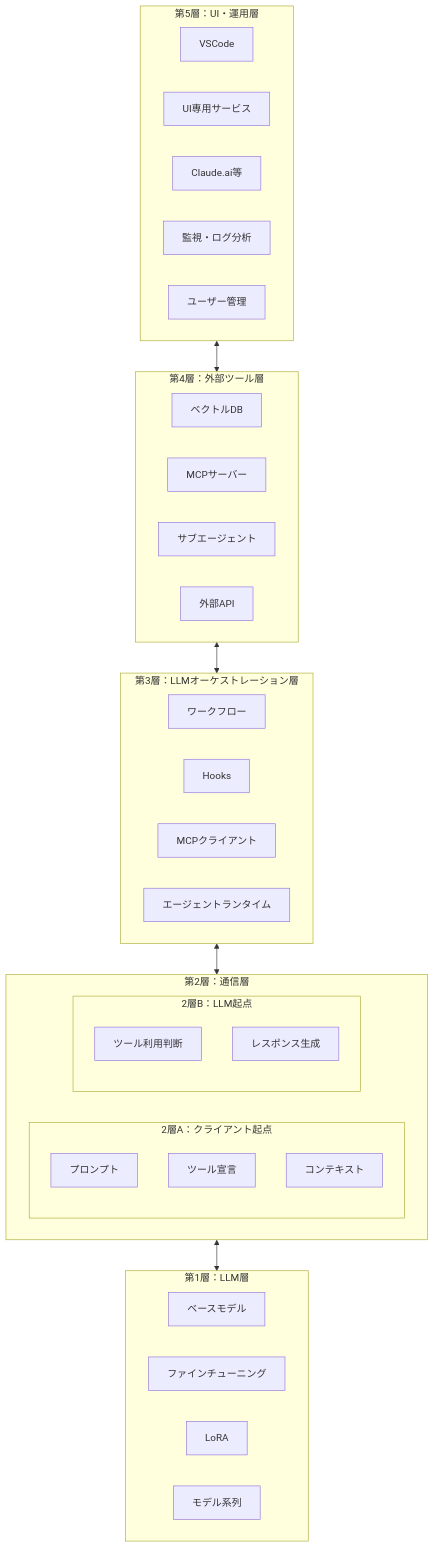
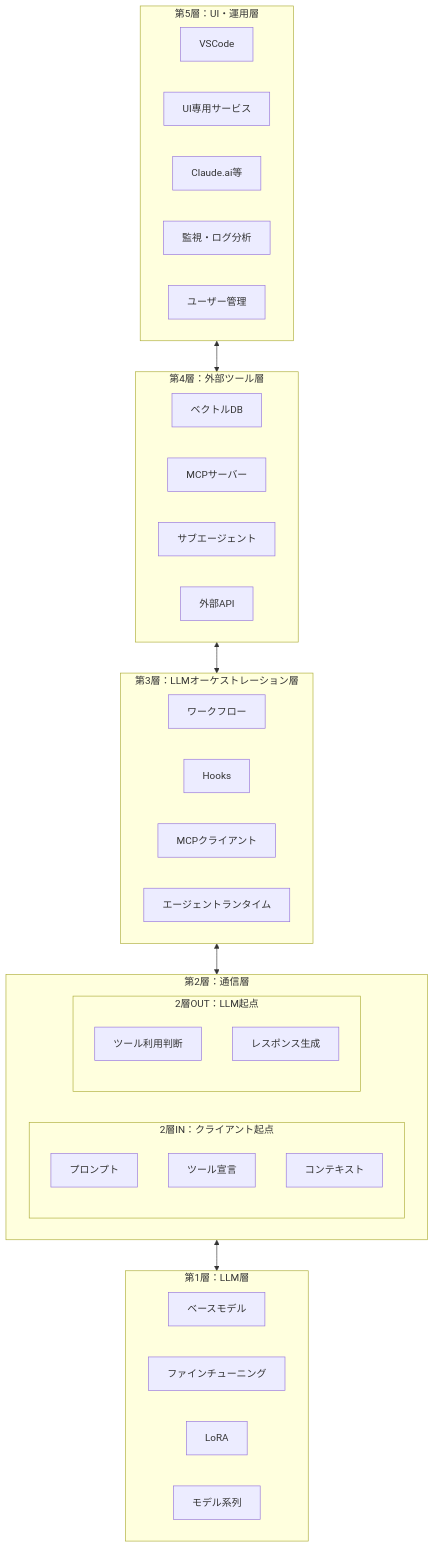
One commit to fsitlab/zenn changed the diagram in books/ai-agent-layered-map/00-intro.md. Above: the diagram before and after it, drawn with Mermaid. The commit also changed other lines of this file and 12 other files, not shown here.

````diff
--- a/books/ai-agent-layered-map/00-intro.md
+++ b/books/ai-agent-layered-map/00-intro.md
@@ -23,52 +23,52 @@
 ```mermaid
 flowchart TB
     subgraph Layer5["第5層：UI・運用層"]
         direction LR
         VSCode["VSCode"]
         UIService["UI専用サービス"]
         OtherUI["Claude.ai等"]
         Monitoring["監視・ログ分析"]
         UserMgmt["ユーザー管理"]
     end
 
     subgraph Layer4["第4層：外部ツール層"]
         direction LR
         VectorDB["ベクトルDB"]
         MCP["MCPサーバー"]
         SubAgent["サブエージェント"]
         ExternalAPI["外部API"]
     end
 
     subgraph Layer3["第3層：LLMオーケストレーション層"]
         direction LR
         Workflow["ワークフロー"]
         Hooks["Hooks"]
         MCPClient["MCPクライアント"]
         AgentRuntime["エージェントランタイム"]
     end
 
     subgraph Layer2["第2層：通信層"]
-        subgraph Layer2A["2層A：クライアント起点"]
+        subgraph Layer2A["2層IN：クライアント起点"]
             Prompt["プロンプト"]
             ToolDecl["ツール宣言"]
             Context["コンテキスト"]
         end
-        subgraph Layer2B["2層B：LLM起点"]
+        subgraph Layer2B["2層OUT：LLM起点"]
             ToolUse["ツール利用判断"]
             Response["レスポンス生成"]
         end
     end
 
     subgraph Layer1["第1層：LLM層"]
         direction LR
         BaseModel["ベースモデル"]
         FineTuning["ファインチューニング"]
         LoRA["LoRA"]
         ModelFamily["モデル系列"]
     end
 
     Layer5 <--> Layer4
     Layer4 <--> Layer3
     Layer3 <--> Layer2
     Layer2 <--> Layer1
 ```
````
